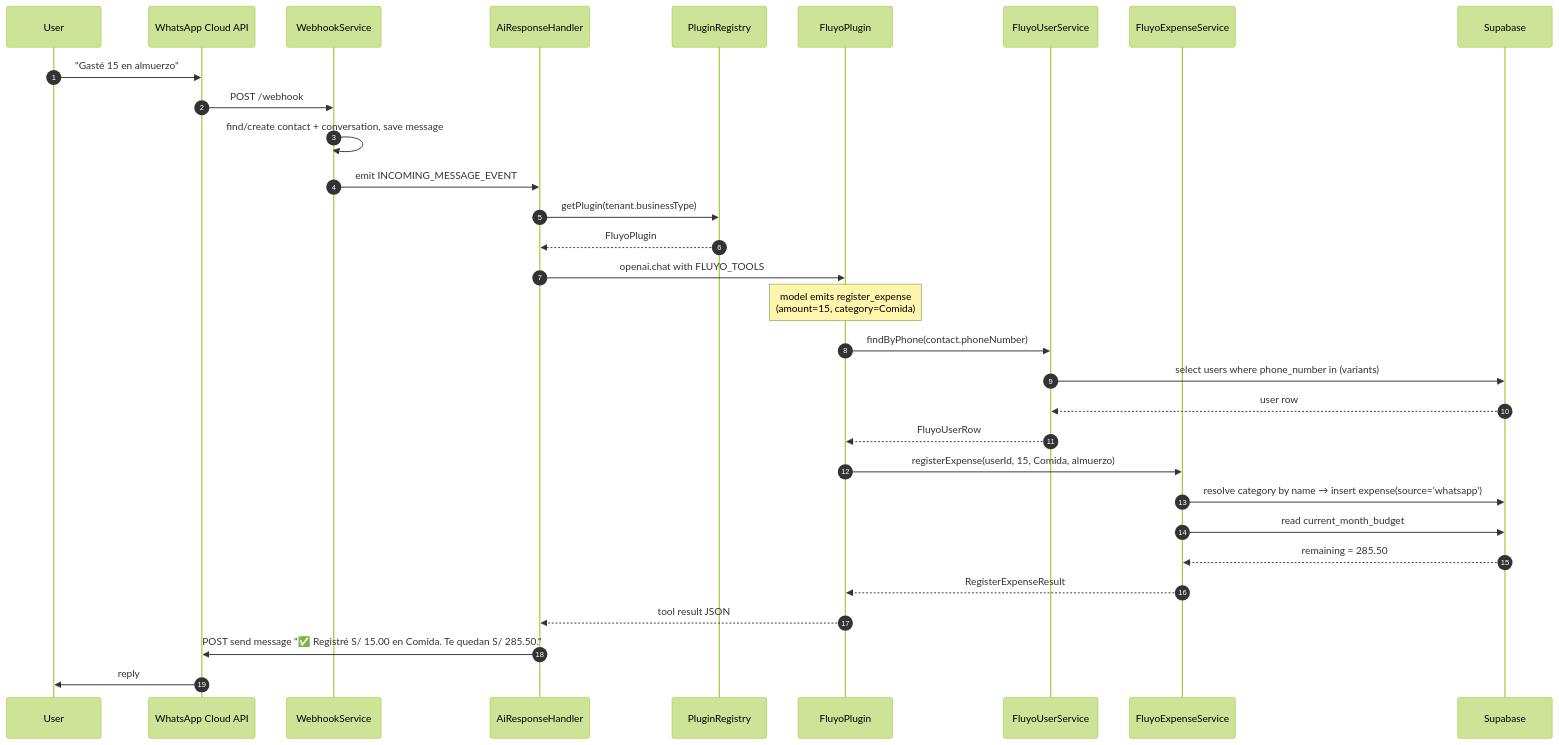
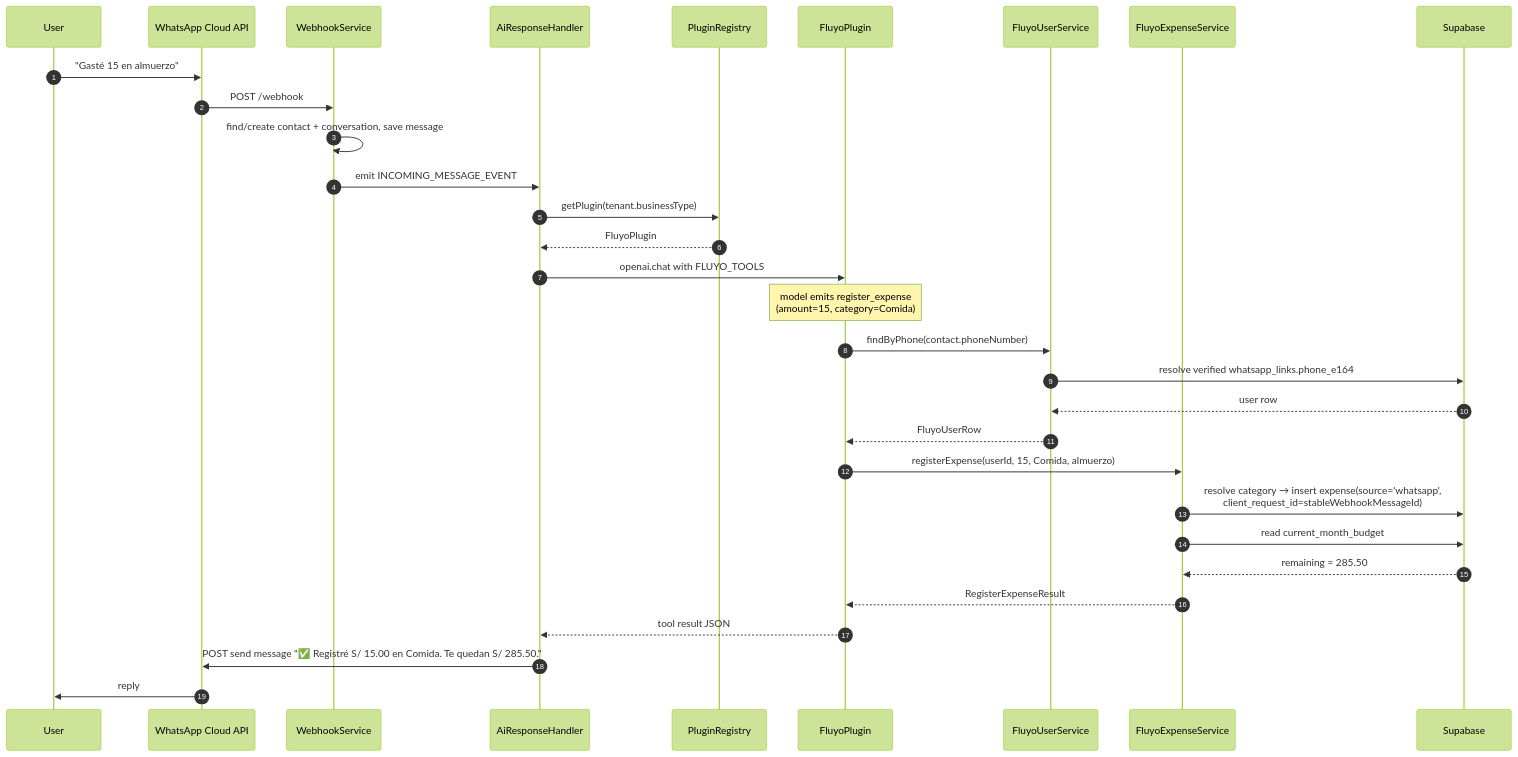
One commit to jeremyaldama/fluyo changed the fifth of 8 diagrams in SYSTEM_DESIGN.md. Above: the diagram before and after it, drawn with Mermaid (forest theme). The commit also changed other lines of this file and 225 other files, not shown here.

````diff
--- a/SYSTEM_DESIGN.md
+++ b/SYSTEM_DESIGN.md
@@ -401,34 +407,34 @@
 ```mermaid
 sequenceDiagram
   autonumber
   participant U as User
   participant WA as WhatsApp Cloud API
   participant WH as WebhookService
   participant AI as AiResponseHandler
   participant PR as PluginRegistry
   participant FP as FluyoPlugin
   participant Fus as FluyoUserService
   participant Fex as FluyoExpenseService
   participant Sup as Supabase
 
   U->>WA: "Gasté 15 en almuerzo"
   WA->>WH: POST /webhook
   WH->>WH: find/create contact + conversation, save message
   WH->>AI: emit INCOMING_MESSAGE_EVENT
   AI->>PR: getPlugin(tenant.businessType)
   PR-->>AI: FluyoPlugin
   AI->>FP: openai.chat with FLUYO_TOOLS
   Note over FP: model emits register_expense<br/>(amount=15, category=Comida)
   FP->>Fus: findByPhone(contact.phoneNumber)
-  Fus->>Sup: select users where phone_number in (variants)
+  Fus->>Sup: resolve verified whatsapp_links.phone_e164
   Sup-->>Fus: user row
   Fus-->>FP: FluyoUserRow
   FP->>Fex: registerExpense(userId, 15, Comida, almuerzo)
-  Fex->>Sup: resolve category by name → insert expense(source='whatsapp')
+  Fex->>Sup: resolve category → insert expense(source='whatsapp',<br/>client_request_id=stableWebhookMessageId)
   Fex->>Sup: read current_month_budget
   Sup-->>Fex: remaining = 285.50
   Fex-->>FP: RegisterExpenseResult
   FP-->>AI: tool result JSON
   AI->>WA: POST send message "✅ Registré S/ 15.00 en Comida. Te quedan S/ 285.50."
   WA->>U: reply
 ```
````
